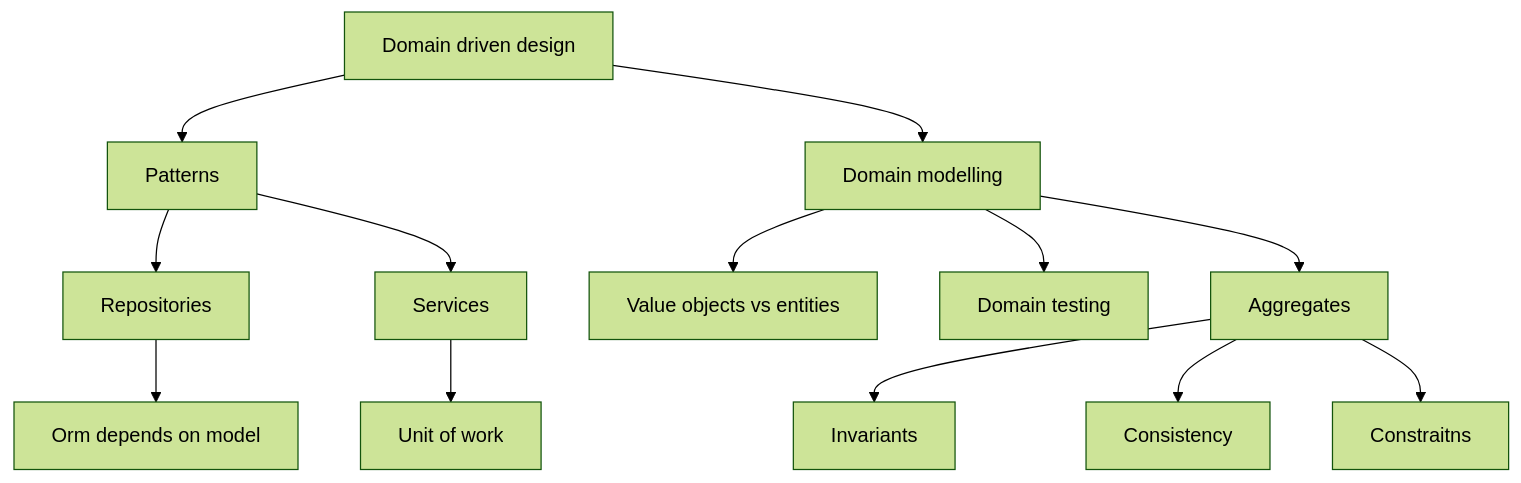
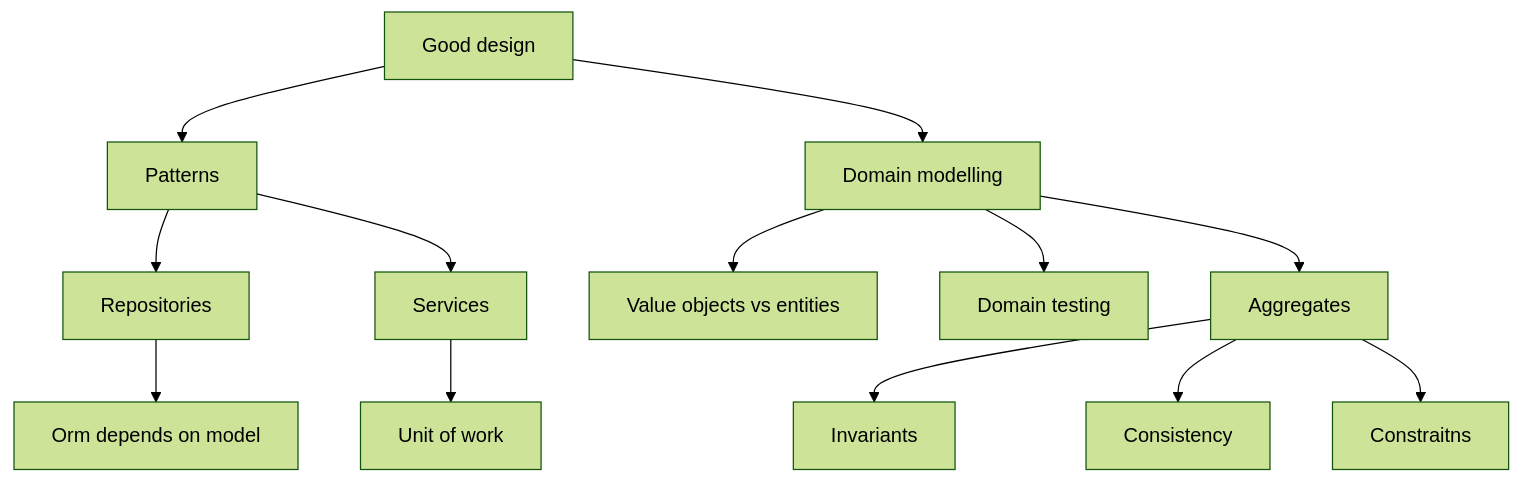
Before and after one commit to BugliL/ArchitecturePatternsWithPython: the first of 2 diagrams in README.md, drawn with Mermaid (forest theme). The commit also changed 1 other file, not shown here.

````diff
--- a/README.md
+++ b/README.md
@@ -26,23 +26,23 @@
 ```mermaid
 graph
-    B[Domain driven design]
-    click B "docs/domain_driven_design.md" "Domain driven design"
+    B[Good design]
+    click B "docs/good_design.md" "Good design"
     B --> P[Patterns]
     P --> Q[Repositories]
     Q --> O[Orm depends on model]
     P --> R[Services]
     R --> S[Unit of work]
 
 
     B --> E[Domain modelling]
     E --> D[Value objects vs entities]
     E --> F[Domain testing]
 
     E --> G[Aggregates]
     G --> H[Invariants]
     G --> I[Consistency]
     G --> J[Constraitns]
 
 
 
 ```
````
